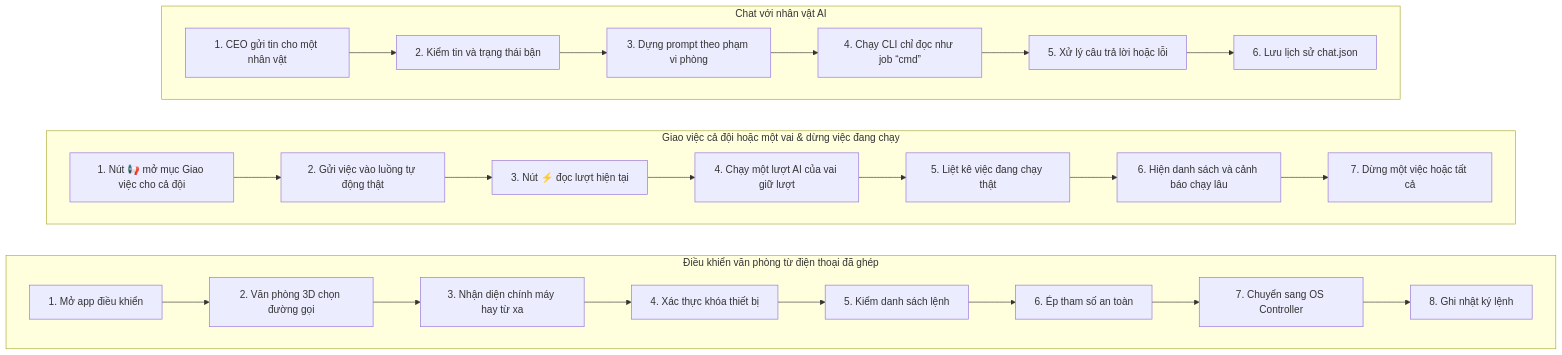
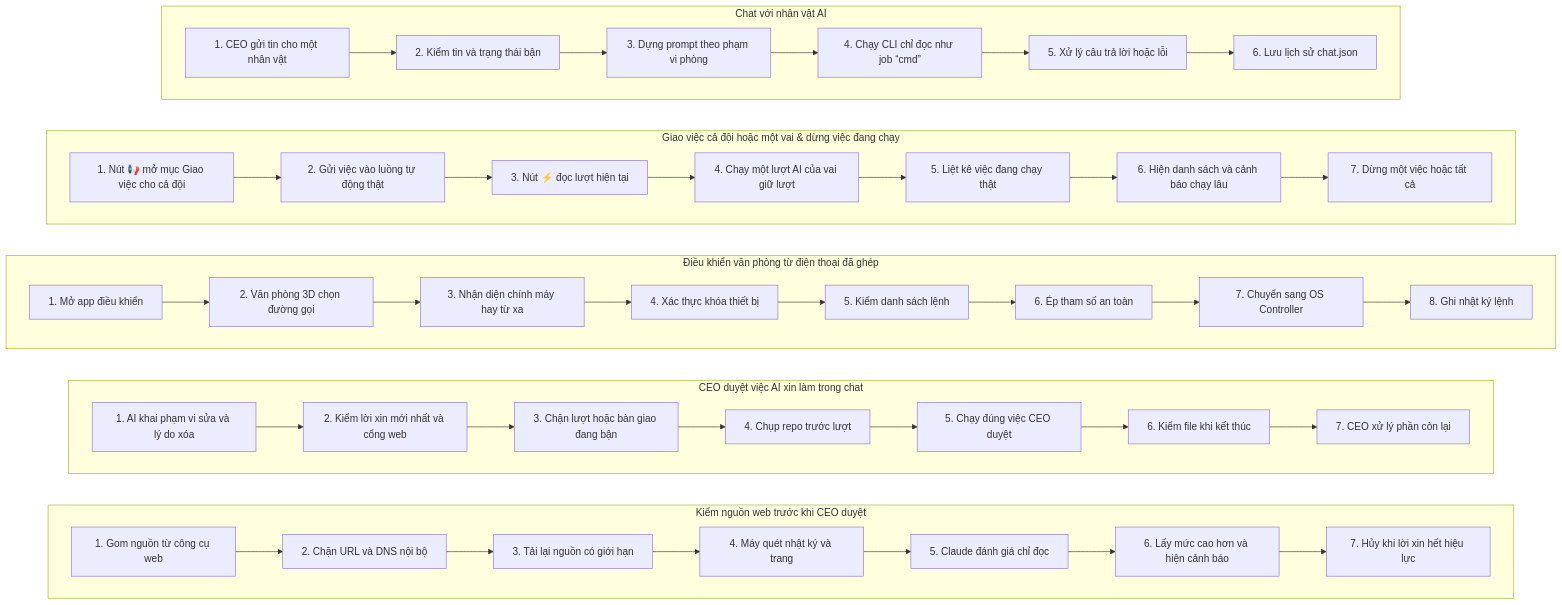
Before and after one commit to Thequancute215-sys/V-n-ph-ng-ch-nh-ph-: the fifth of 12 diagrams in docs/BAN-DO-HE-THONG.md, drawn with Mermaid. The commit also changed other lines of this file and 4 other files, not shown here.

Commit message:
chore: cập nhật bản đồ hệ thống (Codex, tăng dần) theo tính năng chat duyệt

````diff
--- a/docs/BAN-DO-HE-THONG.md
+++ b/docs/BAN-DO-HE-THONG.md
@@ -537,6 +546,40 @@
     step_dieu_khien_tu_dien_thoai_ep_an_toan --> step_dieu_khien_tu_dien_thoai_chuyen_ctl
     step_dieu_khien_tu_dien_thoai_chuyen_ctl --> step_dieu_khien_tu_dien_thoai_nhat_ky
   end
+  subgraph flow_chat_duyet_thuc_thi["CEO duyệt việc AI xin làm trong chat"]
+    direction LR
+    step_chat_duyet_thuc_thi_khai_bao["1. AI khai phạm vi sửa và lý do xóa"]
+    step_chat_duyet_thuc_thi_kiem_hieu_luc["2. Kiểm lời xin mới nhất và cổng web"]
+    step_chat_duyet_thuc_thi_kiem_ban["3. Chặn lượt hoặc bàn giao đang bận"]
+    step_chat_duyet_thuc_thi_chup["4. Chụp repo trước lượt"]
+    step_chat_duyet_thuc_thi_chay["5. Chạy đúng việc CEO duyệt"]
+    step_chat_duyet_thuc_thi_kiem_sau["6. Kiểm file khi kết thúc"]
+    step_chat_duyet_thuc_thi_quyet["7. CEO xử lý phần còn lại"]
+    step_chat_duyet_thuc_thi_khai_bao --> step_chat_duyet_thuc_thi_kiem_hieu_luc
+    step_chat_duyet_thuc_thi_kiem_hieu_luc --> step_chat_duyet_thuc_thi_kiem_ban
+    step_chat_duyet_thuc_thi_kiem_ban --> step_chat_duyet_thuc_thi_chup
+    step_chat_duyet_thuc_thi_chup --> step_chat_duyet_thuc_thi_chay
+    step_chat_duyet_thuc_thi_chay --> step_chat_duyet_thuc_thi_kiem_sau
+    step_chat_duyet_thuc_thi_kiem_sau --> step_chat_duyet_thuc_thi_quyet
+  end
+  subgraph flow_cong_kiem_web["Kiểm nguồn web trước khi CEO duyệt"]
+    direction LR
+    step_cong_kiem_web_gom["1. Gom nguồn từ công cụ web"]
+    step_cong_kiem_web_loc["2. Chặn URL và DNS nội bộ"]
+    step_cong_kiem_web_tai["3. Tải lại nguồn có giới hạn"]
+    step_cong_kiem_web_quet["4. Máy quét nhật ký và trang"]
+    step_cong_kiem_web_claude["5. Claude đánh giá chỉ đọc"]
+    step_cong_kiem_web_ket_luan["6. Lấy mức cao hơn và hiện cảnh báo"]
+    step_cong_kiem_web_huy["7. Hủy khi lời xin hết hiệu lực"]
+    step_cong_kiem_web_gom --> step_cong_kiem_web_loc
+    step_cong_kiem_web_loc --> step_cong_kiem_web_tai
+    step_cong_kiem_web_tai --> step_cong_kiem_web_quet
+    step_cong_kiem_web_quet --> step_cong_kiem_web_claude
+    step_cong_kiem_web_claude --> step_cong_kiem_web_ket_luan
+    step_cong_kiem_web_ket_luan --> step_cong_kiem_web_huy
+  end
   flow_chat_nhan_vat ~~~ flow_giao_viec_ca_doi
   flow_giao_viec_ca_doi ~~~ flow_dieu_khien_tu_dien_thoai
+  flow_dieu_khien_tu_dien_thoai ~~~ flow_chat_duyet_thuc_thi
+  flow_chat_duyet_thuc_thi ~~~ flow_cong_kiem_web
 ```
````
